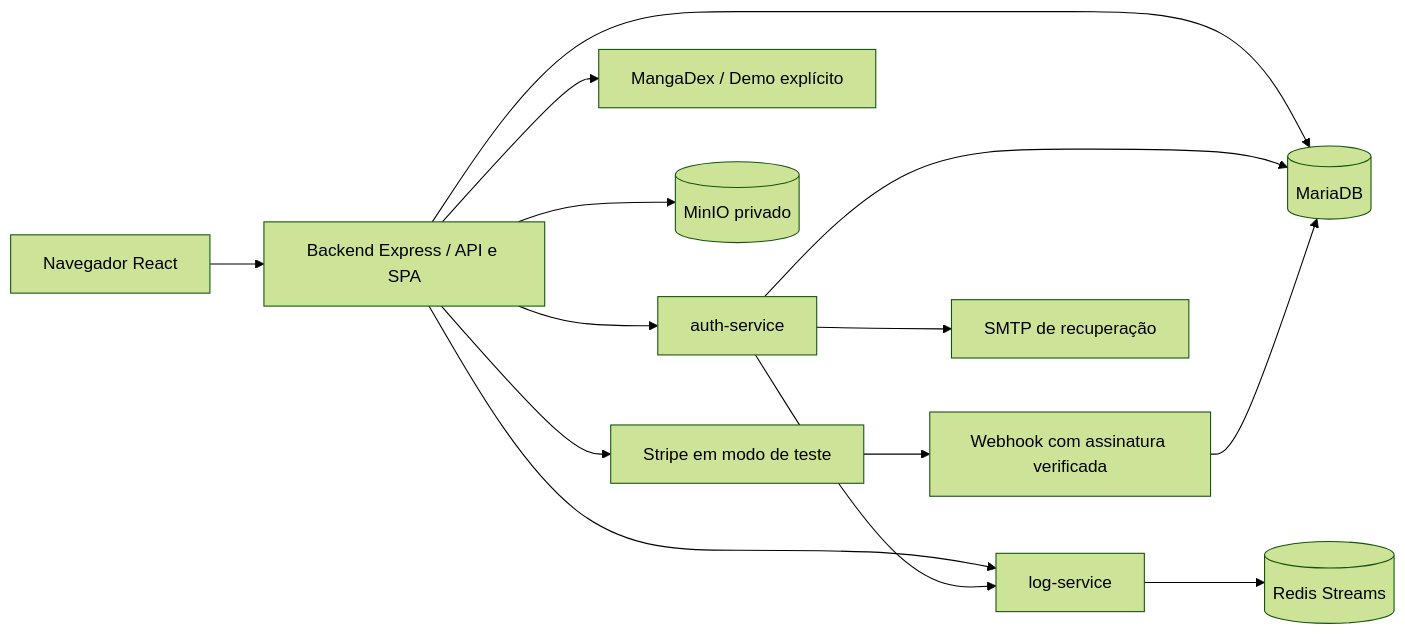
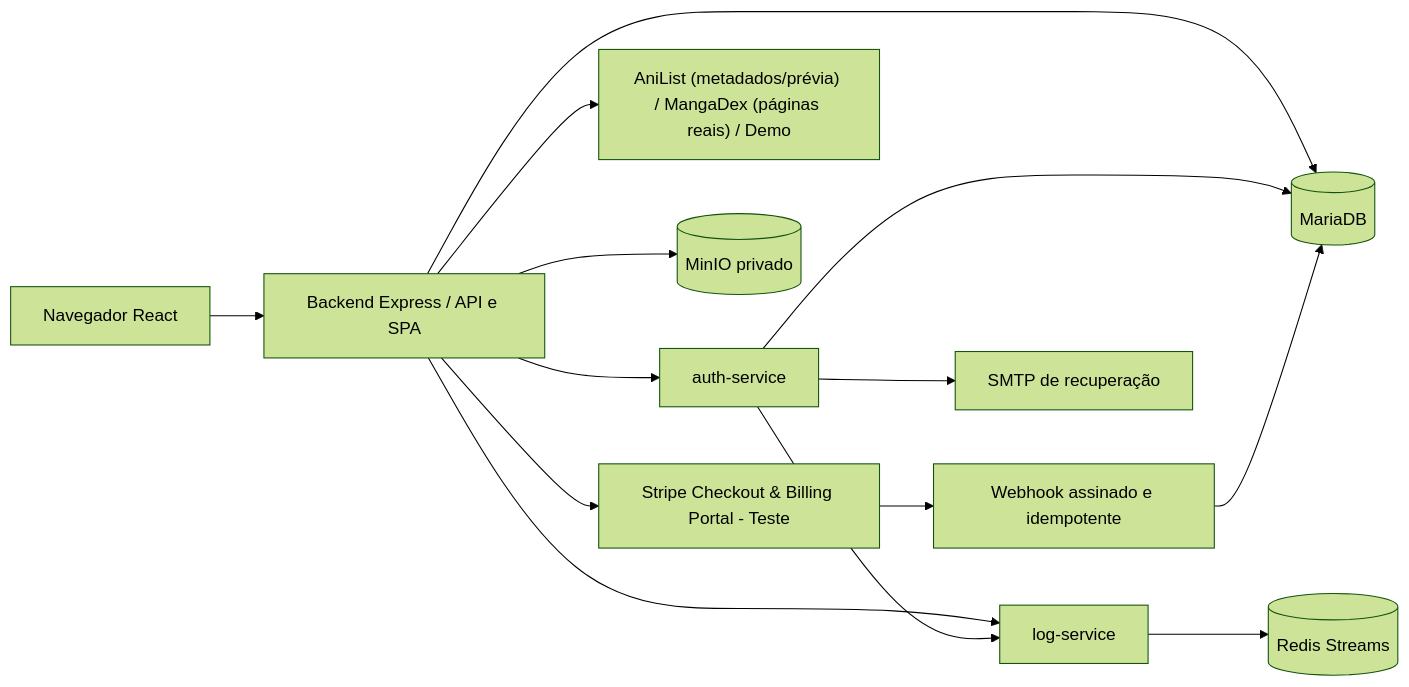
Before and after one commit to Paulo794/Manga-Cloud: the diagram in DOCUMENTACAO.md, drawn with Mermaid (forest theme). The commit also changed other lines of this file and 40 other files, not shown here.

````diff
--- a/DOCUMENTACAO.md
+++ b/DOCUMENTACAO.md
@@ -9,16 +9,16 @@
 ```mermaid
 flowchart LR
     Browser[Navegador React] --> App[Backend Express / API e SPA]
     App --> Auth[auth-service]
     App --> DB[(MariaDB)]
     Auth --> DB
-    App --> Source[MangaDex / Demo explícito]
+    App --> Source["AniList (metadados/prévia) / MangaDex (páginas reais) / Demo"]
     App --> Store[(MinIO privado)]
     App --> Logs[log-service]
     Auth --> Logs
     Logs --> Redis[(Redis Streams)]
-    App --> Stripe[Stripe em modo de teste]
-    Stripe --> Webhook[Webhook com assinatura verificada]
+    App --> Stripe[Stripe Checkout & Billing Portal - Teste]
+    Stripe --> Webhook[Webhook assinado e idempotente]
     Webhook --> DB
     Auth --> SMTP[SMTP de recuperação]
 ```
````
